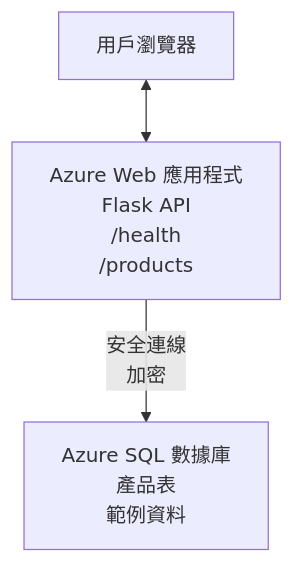
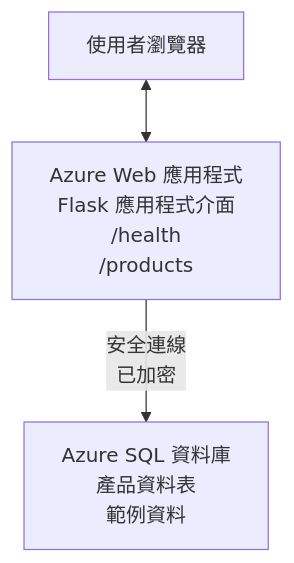
The diagram in translations/zh-MO/examples/database-app/README.md (microsoft/AZD-for-beginners), drawn with Mermaid before and after one commit. The commit also changed other lines of this file and 104 other files, not shown here.

````diff
--- a/translations/zh-MO/examples/database-app/README.md
+++ b/translations/zh-MO/examples/database-app/README.md
@@ -72,5 +72,5 @@
 ```mermaid
 graph TD
-    Browser[用戶瀏覽器] <--> WebApp[Azure Web 應用程式<br/>Flask API<br/>/health<br/>/products]
-    WebApp -- 安全連線<br/>加密 --> SQL[Azure SQL 數據庫<br/>產品表<br/>範例資料]
+    Browser[使用者瀏覽器] <--> WebApp[Azure Web 應用程式<br/>Flask 應用程式介面<br/>/health<br/>/products]
+    WebApp -- 安全連線<br/>已加密 --> SQL[Azure SQL 資料庫<br/>產品資料表<br/>範例資料]
 ```
````
